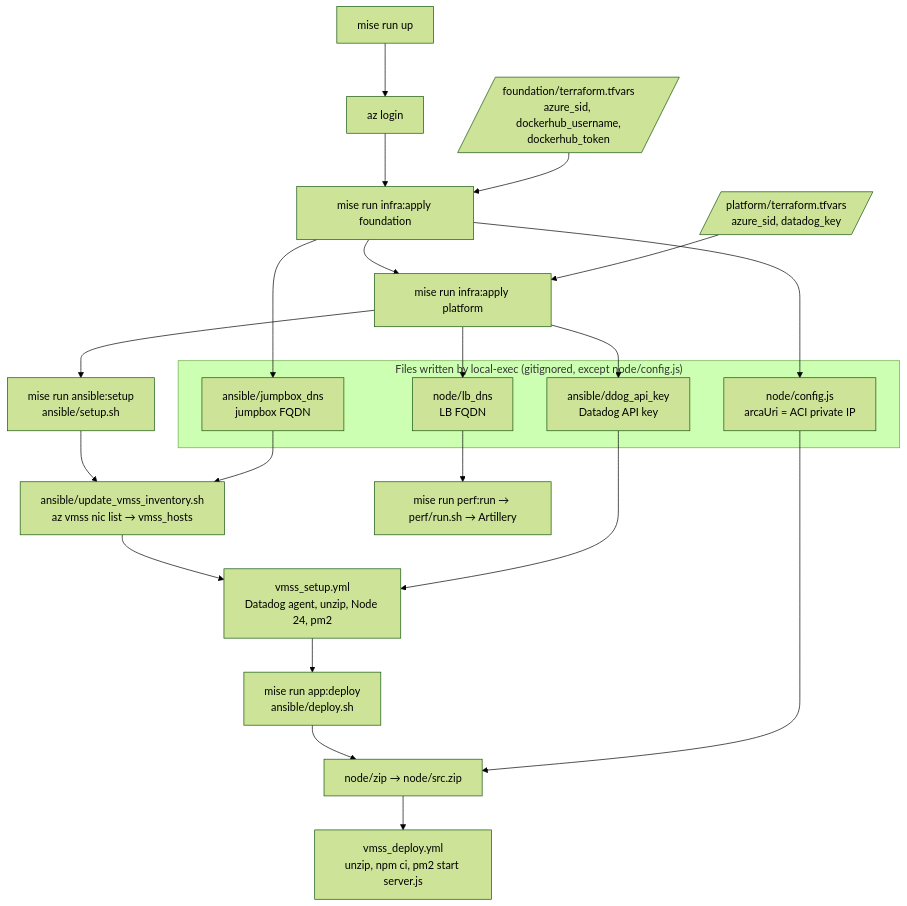
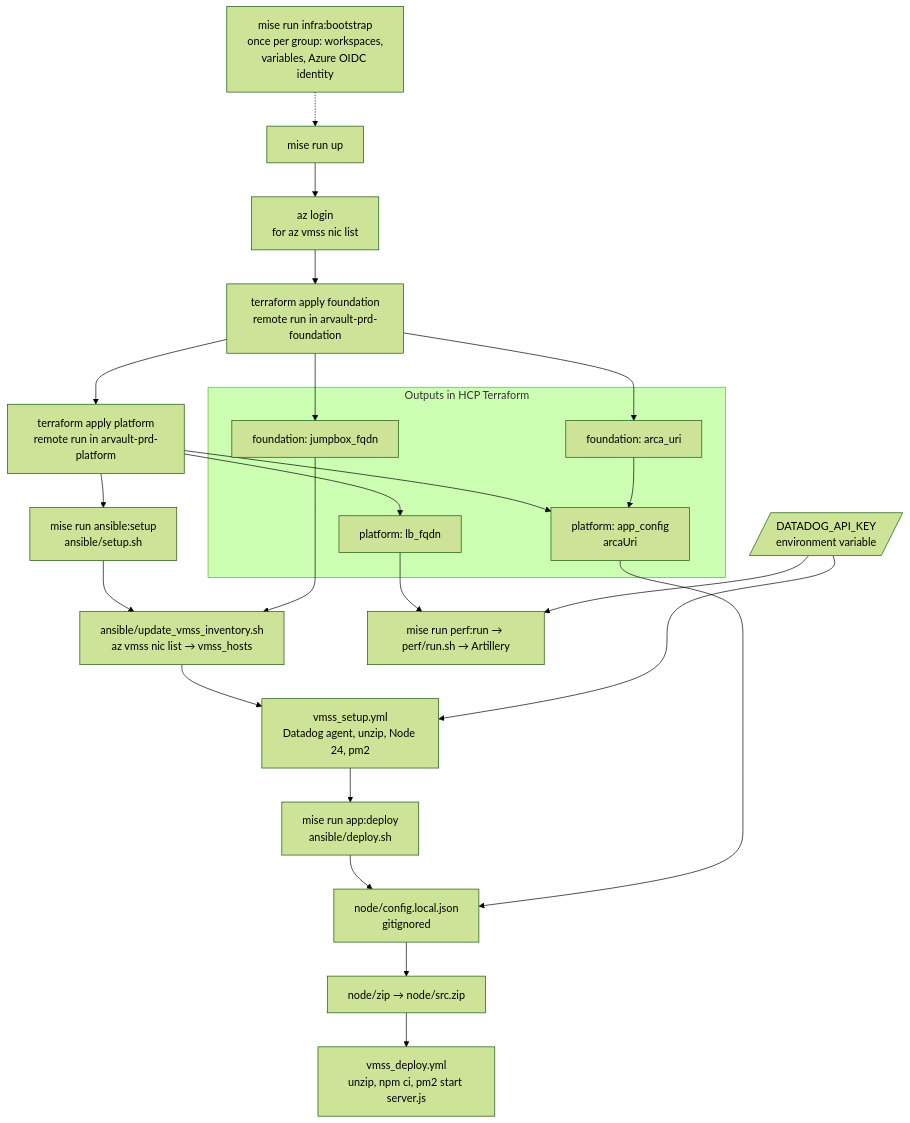
One commit to tcorzo/fiuba-2026C2-arq-tp2 changed the third of 3 diagrams in docs/infra/overview.md. Above: the diagram before and after it, drawn with Mermaid (forest theme). The commit also changed other lines of this file and 41 other files, not shown here.

First line of the commit message:
feat(infra): run terraform in hcp terraform and replace local-exec with outputs (#7)

````diff
--- a/docs/infra/overview.md
+++ b/docs/infra/overview.md
@@ -124,39 +126,41 @@
 ```mermaid
 flowchart TD
-    tfvarsf[/foundation/terraform.tfvars<br/>azure_sid, dockerhub_username,<br/>dockerhub_token/]
-    tfvarsp[/platform/terraform.tfvars<br/>azure_sid, datadog_key/]
+    boot[mise run infra:bootstrap<br/>once per group: workspaces,<br/>variables, Azure OIDC identity]
     start[mise run up]
-    login[az login]
-    applyf[mise run infra:apply foundation]
-    apply[mise run infra:apply platform]
+    login[az login<br/>for az vmss nic list]
+    applyf[terraform apply foundation<br/>remote run in arvault-prd-foundation]
+    apply[terraform apply platform<br/>remote run in arvault-prd-platform]
 
+    boot -.-> start
     start --> login --> applyf --> apply
-    tfvarsf --> applyf
-    tfvarsp --> apply
 
-    subgraph files["Files written by local-exec (gitignored, except node/config.js)"]
-        cfg[node/config.js<br/>arcaUri = ACI private IP]
-        lbdns[node/lb_dns<br/>LB FQDN]
-        jbdns[ansible/jumpbox_dns<br/>jumpbox FQDN]
-        ddkey[ansible/ddog_api_key<br/>Datadog API key]
+    subgraph outputs["Outputs in HCP Terraform"]
+        jb[foundation: jumpbox_fqdn]
+        arca[foundation: arca_uri]
+        lbo[platform: lb_fqdn]
+        appcfg[platform: app_config<br/>arcaUri]
     end
 
-    applyf --> cfg & jbdns
-    apply --> lbdns & ddkey
+    applyf --> jb & arca
+    apply --> lbo & appcfg
+    arca --> appcfg
 
     setup[mise run ansible:setup<br/>ansible/setup.sh]
     inv[ansible/update_vmss_inventory.sh<br/>az vmss nic list → vmss_hosts]
     pbsetup[vmss_setup.yml<br/>Datadog agent, unzip, Node 24, pm2]
+    ddkey[/DATADOG_API_KEY<br/>environment variable/]
     deploy[mise run app:deploy<br/>ansible/deploy.sh]
+    cfg[node/config.local.json<br/>gitignored]
     zip[node/zip → node/src.zip]
     pbdeploy[vmss_deploy.yml<br/>unzip, npm ci, pm2 start server.js]
 
     apply --> setup --> inv --> pbsetup
-    jbdns --> inv
+    jb --> inv
     ddkey --> pbsetup
-    pbsetup --> deploy --> zip --> pbdeploy
-    cfg --> zip
+    pbsetup --> deploy --> cfg --> zip --> pbdeploy
+    appcfg --> cfg
 
     perf[mise run perf:run → perf/run.sh → Artillery]
-    lbdns --> perf
+    lbo --> perf
+    ddkey --> perf
 ```
````
